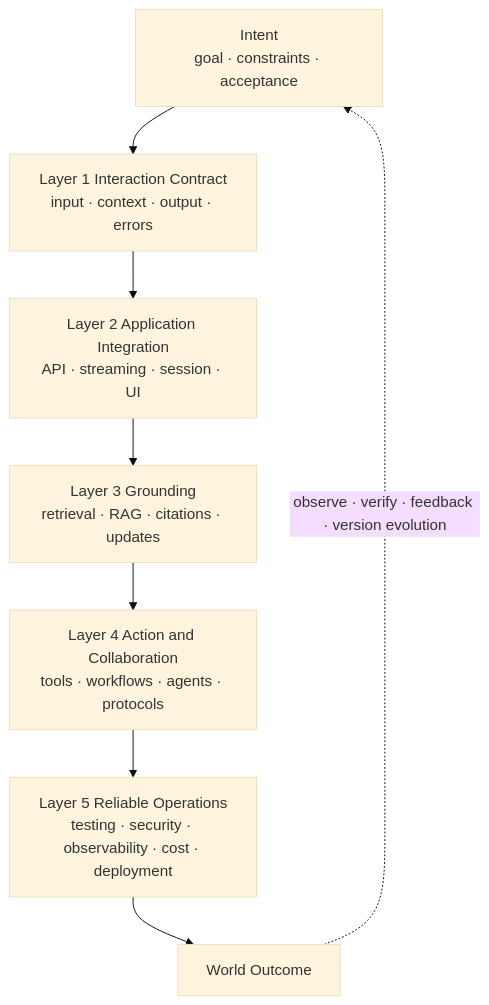
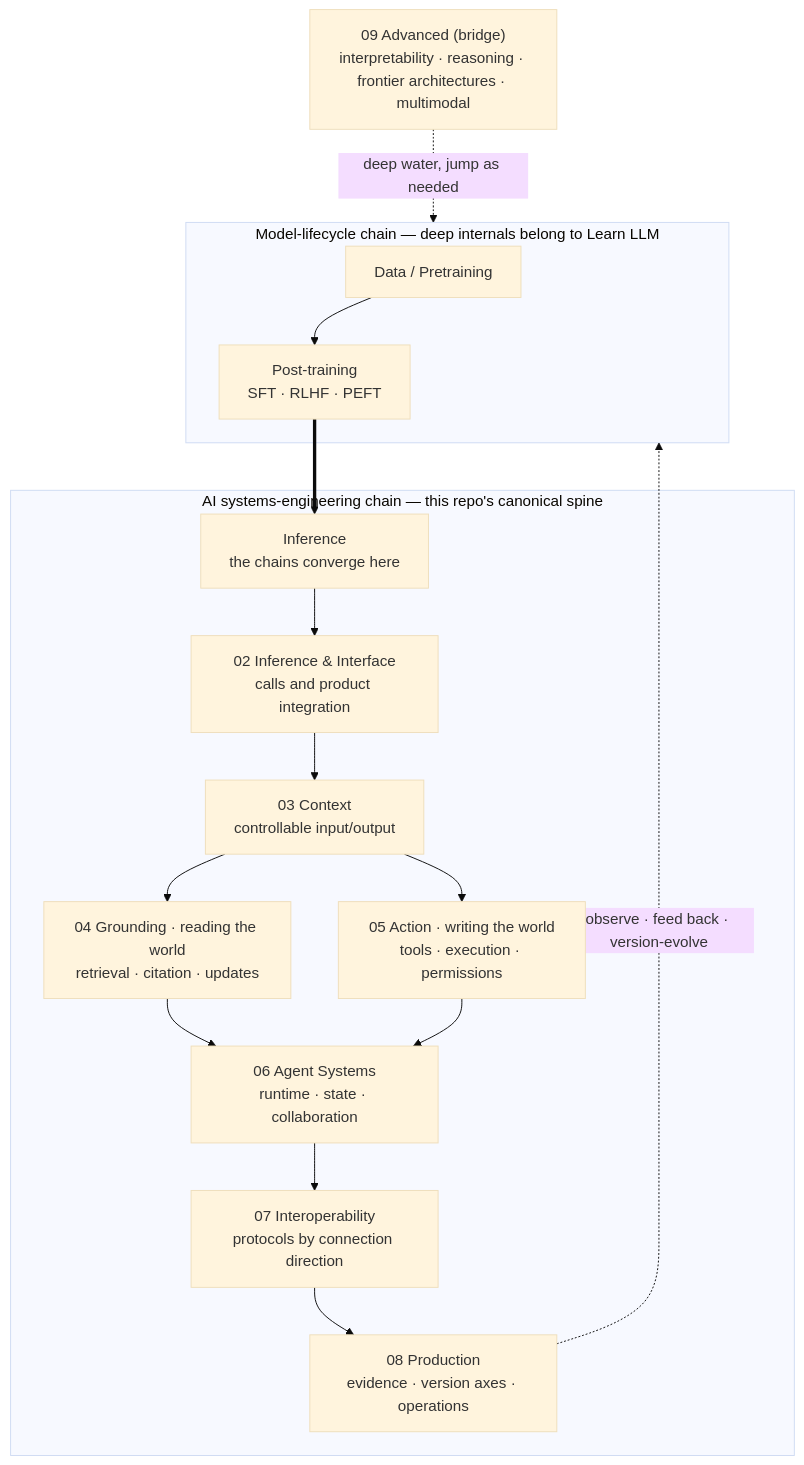
The diagram in docs/tech/index.md (zenHeart/learn-ai), drawn with Mermaid (base theme) before and after one commit. The commit also changed other lines of this file and 61 other files, not shown here.

First line of the commit message:
feat(waveA): add v6 group pages — model-lifecycle bridges, inference pair, context split, hooks, agentops, advanced cards

````diff
--- a/docs/tech/index.md
+++ b/docs/tech/index.md
@@ -32,10 +36,19 @@
 ```mermaid
 flowchart TB
-    I["Intent<br/>goal · constraints · acceptance"] --> L1["Layer 1 Interaction Contract<br/>input · context · output · errors"]
-    L1 --> L2["Layer 2 Application Integration<br/>API · streaming · session · UI"]
-    L2 --> L3["Layer 3 Grounding<br/>retrieval · RAG · citations · updates"]
-    L3 --> L4["Layer 4 Action and Collaboration<br/>tools · workflows · agents · protocols"]
-    L4 --> L5["Layer 5 Reliable Operations<br/>testing · security · observability · cost · deployment"]
-    L5 --> W["World Outcome"]
-    W -. "observe · verify · feedback · version evolution" .-> I
+    subgraph ML["Model-lifecycle chain — deep internals belong to Learn LLM"]
+        M1["Data / Pretraining"] --> M2["Post-training<br/>SFT · RLHF · PEFT"]
+    end
+    M2 ==> INF["Inference<br/>the chains converge here"]
+    subgraph SE["AI systems-engineering chain — this repo's canonical spine"]
+        INF --> C["02 Inference & Interface<br/>calls and product integration"]
+        C --> CT["03 Context<br/>controllable input/output"]
+        CT --> G["04 Grounding · reading the world<br/>retrieval · citation · updates"]
+        CT --> A["05 Action · writing the world<br/>tools · execution · permissions"]
+        G --> AG["06 Agent Systems<br/>runtime · state · collaboration"]
+        A --> AG
+        AG --> IOP["07 Interoperability<br/>protocols by connection direction"]
+        IOP --> P["08 Production<br/>evidence · version axes · operations"]
+    end
+    P -. "observe · feed back · version-evolve" .-> ML
+    ADV["09 Advanced (bridge)<br/>interpretability · reasoning · frontier architectures · multimodal"] -. deep water, jump as needed .-> ML
 ```
````
